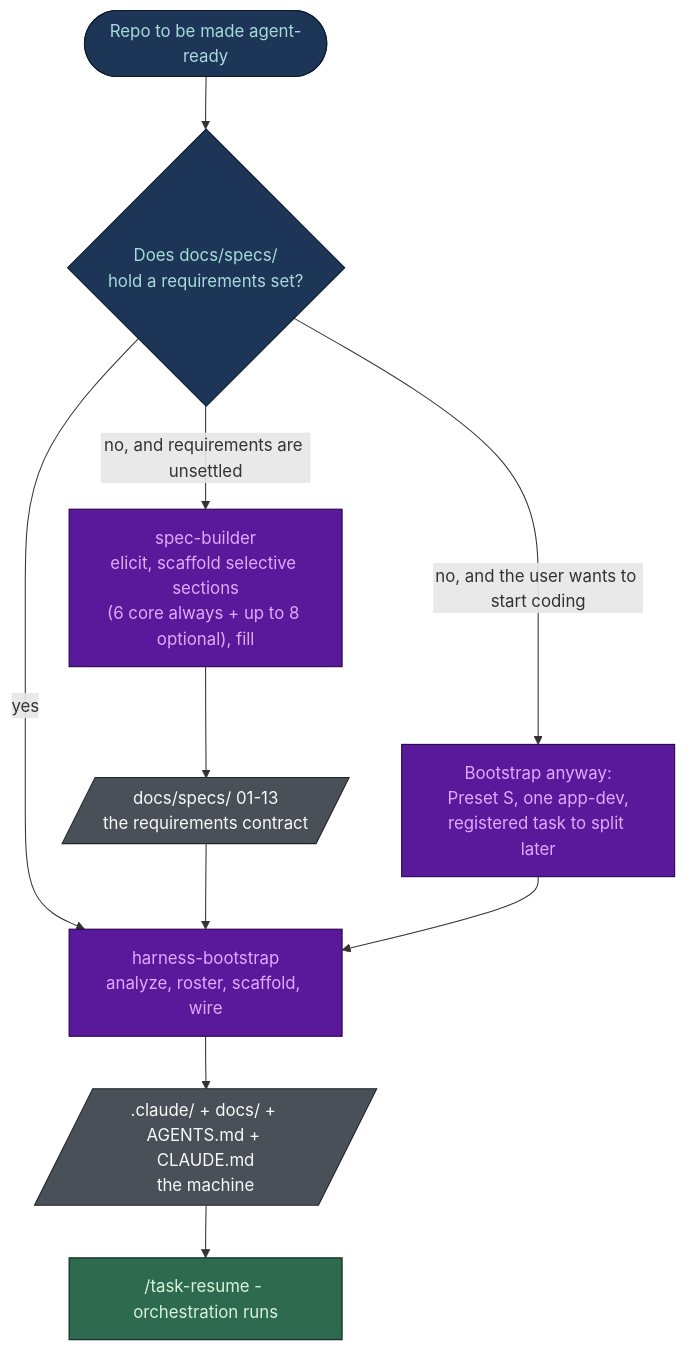
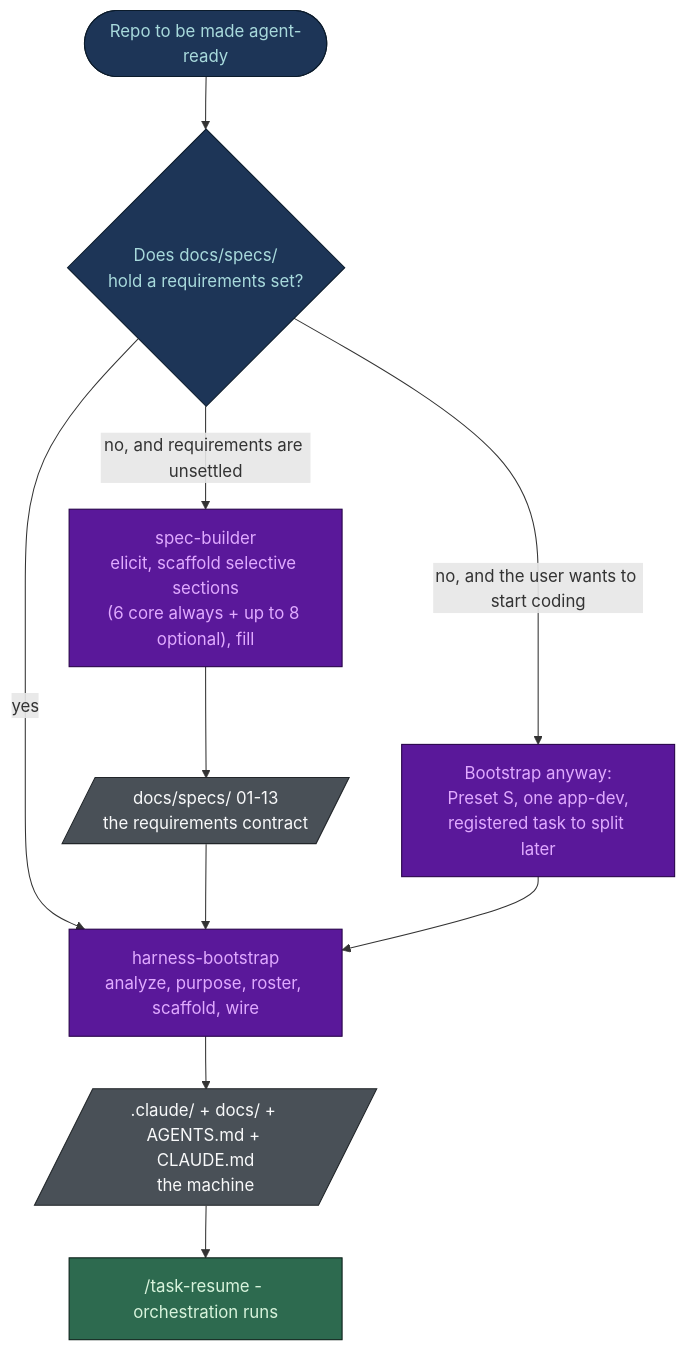
One commit to nguyenhx2/agent-harness-bootstrap changed the second of 7 diagrams in docs/FLOWS.md. Above: the diagram before and after it, drawn with Mermaid. The commit also changed other lines of this file and 629 other files, not shown here.

````diff
--- a/docs/FLOWS.md
+++ b/docs/FLOWS.md
@@ -53,34 +58,34 @@
 ```mermaid
 flowchart TD
     START(["Repo to be made agent-ready"])
     Q{"Does docs/specs/<br/>hold a requirements set?"}
 
     SB["spec-builder<br/>elicit, scaffold selective sections<br/>(6 core always + up to 8 optional), fill"]
     SPECS[/"docs/specs/ 01-13<br/>the requirements contract"/]
 
-    HB["harness-bootstrap<br/>analyze, roster, scaffold, wire"]
+    HB["harness-bootstrap<br/>analyze, purpose, roster, scaffold, wire"]
     HARNESS[/".claude/ + docs/ + AGENTS.md + CLAUDE.md<br/>the machine"/]
 
     NOSPEC["Bootstrap anyway:<br/>Preset S, one app-dev,<br/>registered task to split later"]
     RUN["/task-resume - orchestration runs"]
 
     START --> Q
     Q -->|"yes"| HB
     Q -->|"no, and requirements are unsettled"| SB
     Q -->|"no, and the user wants to start coding"| NOSPEC
     SB --> SPECS
     SPECS --> HB
     NOSPEC --> HB
     HB --> HARNESS
     HARNESS --> RUN
 
     classDef det fill:#2D6A4F,stroke:#081C15,stroke-width:1px,color:#D8F3DC
     classDef mod fill:#5A189A,stroke:#240046,stroke-width:1px,color:#E0AAFF
     classDef hum fill:#1D3557,stroke:#0B1B2B,stroke-width:1px,color:#A8DADC
     classDef art fill:#495057,stroke:#212529,stroke-width:1px,color:#F8F9FA
 
     class SB,HB,NOSPEC mod
     class START,Q hum
     class SPECS,HARNESS art
     class RUN det
 ```
````
